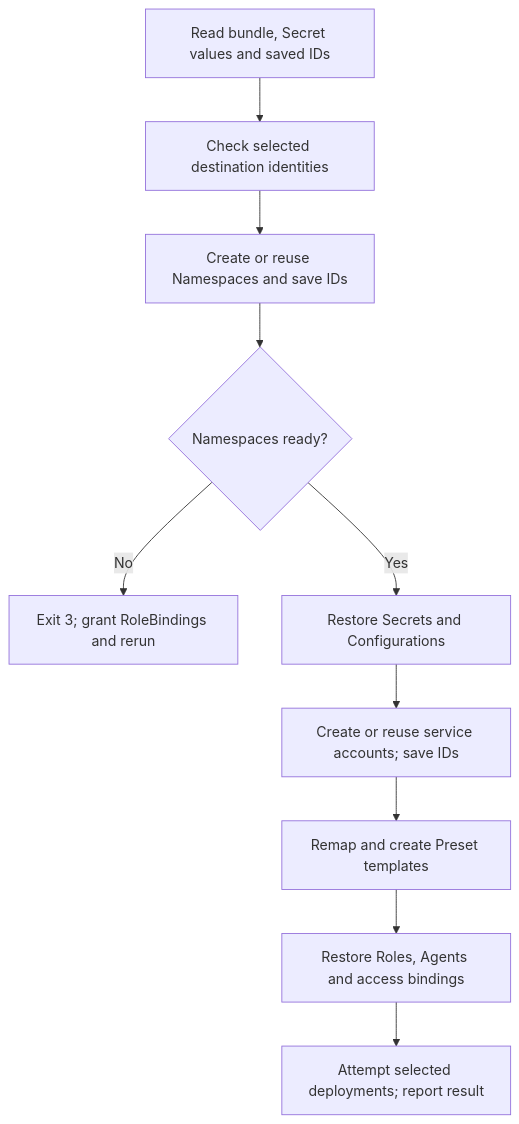
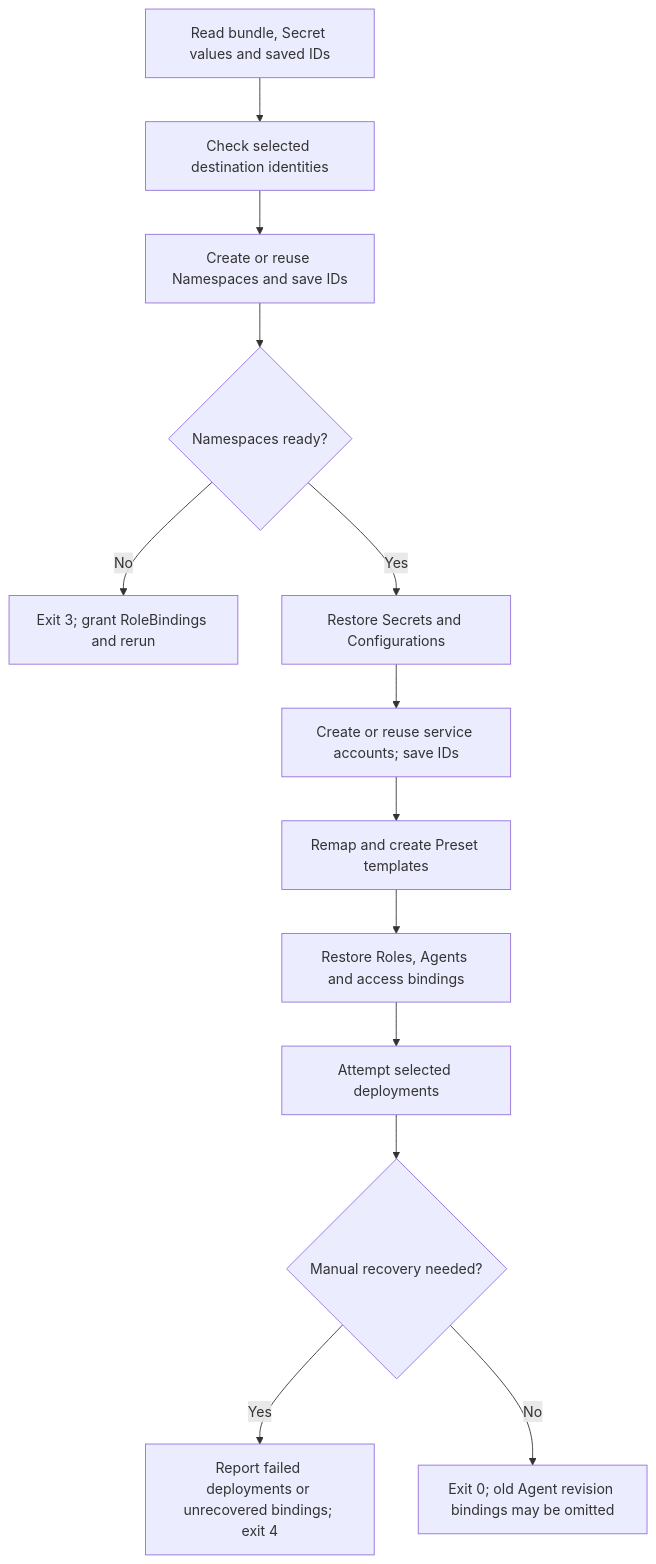
Before and after one commit to openclaw/openclaw-enterprise: the diagram in docs/flows/tenant-restore.md, drawn with Mermaid. The commit also changed other lines of this file and 2 other files, not shown here.

Commit message:
Report tenant access bindings that need manual recovery

````diff
--- a/docs/flows/tenant-restore.md
+++ b/docs/flows/tenant-restore.md
@@ -27,12 +27,15 @@
 ```mermaid
 graph TD
     A["Read bundle, Secret values and saved IDs"] --> B["Check selected destination identities"]
     B --> C["Create or reuse Namespaces and save IDs"]
     C --> D{"Namespaces ready?"}
     D -->|No| E["Exit 3; grant RoleBindings and rerun"]
     D -->|Yes| F["Restore Secrets and Configurations"]
     F --> G["Create or reuse service accounts; save IDs"]
     G --> H["Remap and create Preset templates"]
     H --> I["Restore Roles, Agents and access bindings"]
-    I --> J["Attempt selected deployments; report result"]
+    I --> J["Attempt selected deployments"]
+    J --> K{"Manual recovery needed?"}
+    K -->|Yes| L["Report failed deployments or unrecovered bindings; exit 4"]
+    K -->|No| M["Exit 0; old Agent revision bindings may be omitted"]
 ```
````
